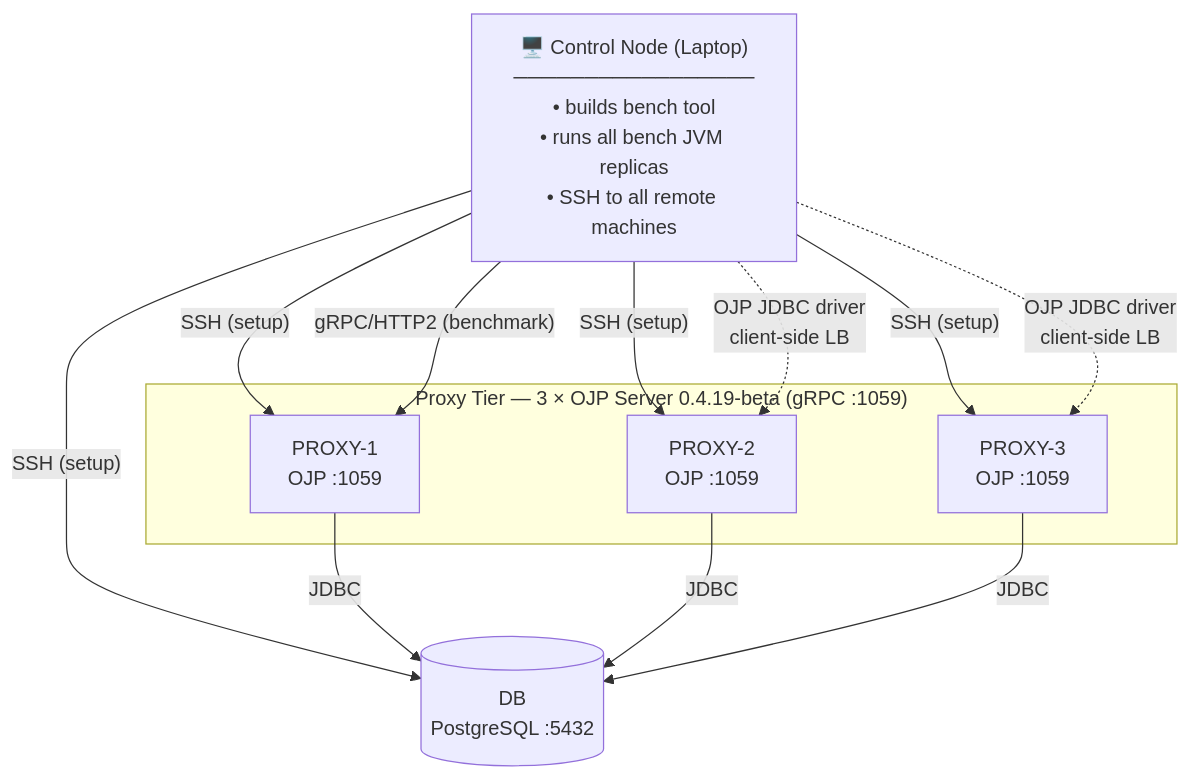
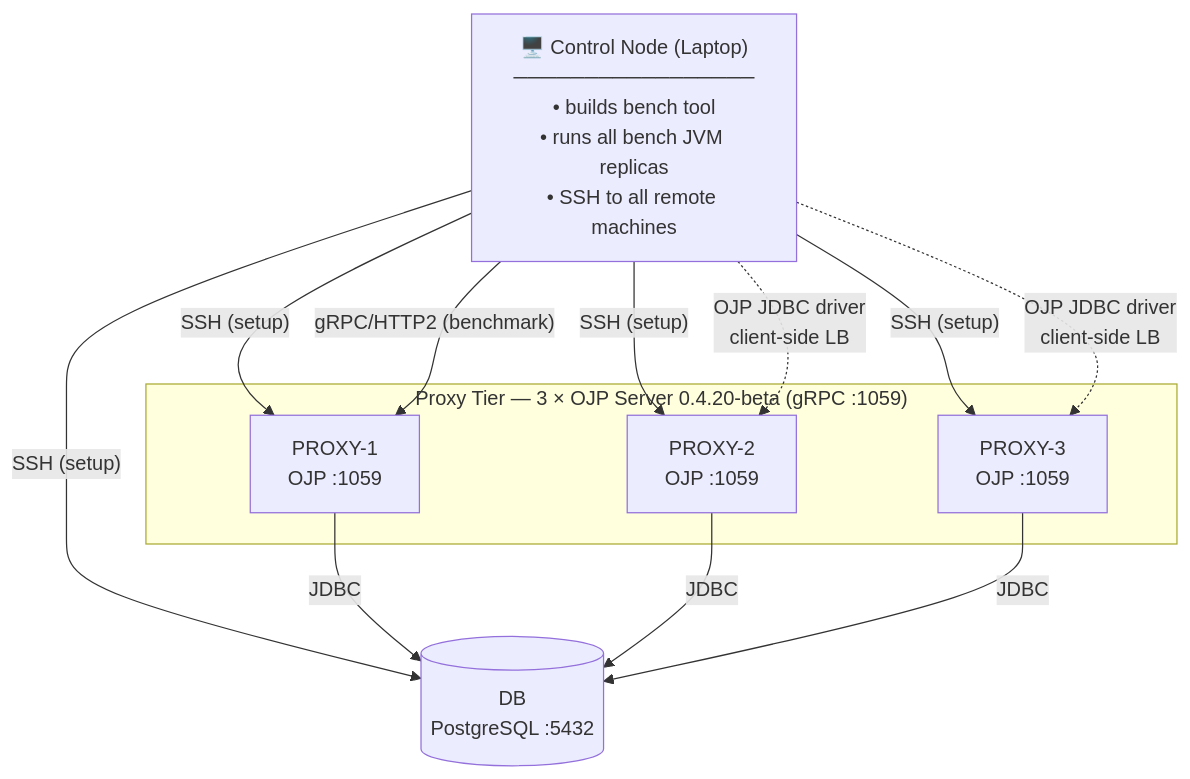
Before and after one commit to rrobetti/stressar: the diagram in docs/DEPLOYMENT_GUIDE.md, drawn with Mermaid. The commit also changed other lines of this file and 6 other files, not shown here.

Commit message:
upgrade ojp version to 0.4.20-beta.

````diff
--- a/docs/DEPLOYMENT_GUIDE.md
+++ b/docs/DEPLOYMENT_GUIDE.md
@@ -37,25 +37,25 @@
 ```mermaid
 graph TD
     CTRL["🖥️ Control Node (Laptop)\n─────────────────\n• builds bench tool\n• runs all bench JVM replicas\n• SSH to all remote machines"]
 
-    subgraph PROXY_TIER ["Proxy Tier — 3 × OJP Server 0.4.19-beta (gRPC :1059)"]
+    subgraph PROXY_TIER ["Proxy Tier — 3 × OJP Server 0.4.20-beta (gRPC :1059)"]
         P1["PROXY-1\nOJP :1059"]
         P2["PROXY-2\nOJP :1059"]
         P3["PROXY-3\nOJP :1059"]
     end
 
     DB[("DB\nPostgreSQL :5432")]
 
     CTRL -- "SSH (setup)" --> P1
     CTRL -- "SSH (setup)" --> P2
     CTRL -- "SSH (setup)" --> P3
     CTRL -- "SSH (setup)" --> DB
 
     CTRL -- "gRPC/HTTP2 (benchmark)" --> P1
     CTRL -. "OJP JDBC driver\nclient-side LB" .-> P2
     CTRL -. "OJP JDBC driver\nclient-side LB" .-> P3
 
     P1 -- "JDBC" --> DB
     P2 -- "JDBC" --> DB
     P3 -- "JDBC" --> DB
 ```
````
